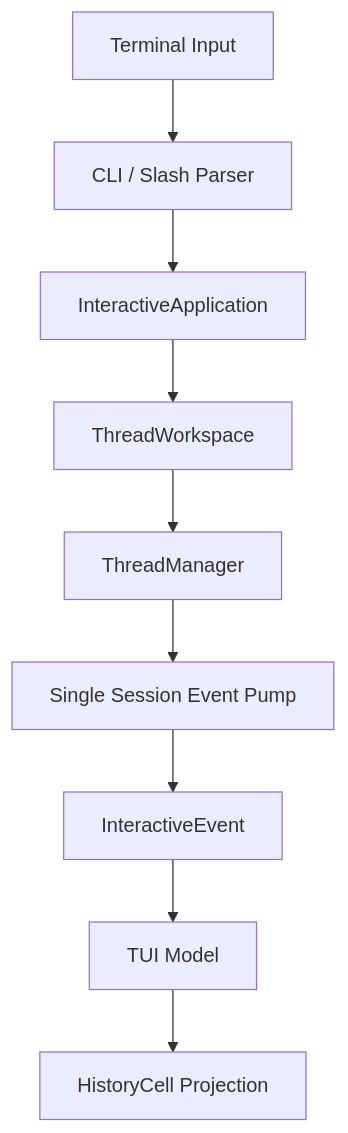
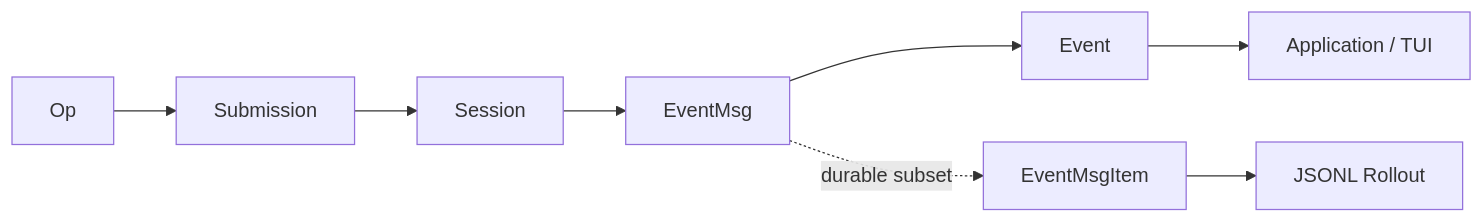
One commit to Godric-W/Amadeus changed the sixth of 43 diagrams in docs/architecture-whitepaper.md. Above: the diagram before and after it, drawn with Mermaid. The commit also changed other lines of this file and 1 other file, not shown here.

````diff
--- a/docs/architecture-whitepaper.md
+++ b/docs/architecture-whitepaper.md
@@ -304,21 +345,10 @@
 ```mermaid
-flowchart TD
-    Input[Terminal Input]
-    Parser[CLI / Slash Parser]
-    App[InteractiveApplication]
-    Workspace[ThreadWorkspace]
-    Manager[ThreadManager]
-    Pump[Single Session Event Pump]
-    Events[InteractiveEvent]
-    TUI[TUI Model]
-    Cells[HistoryCell Projection]
-
-    Input --> Parser
-    Parser --> App
-    App --> Workspace
-    Workspace --> Manager
-    Manager --> Pump
-    Pump --> Events
-    Events --> TUI
-    TUI --> Cells
+flowchart LR
+    Op[Op] --> Submission[Submission]
+    Submission --> Session[Session]
+    Session --> Msg[EventMsg]
+    Msg --> Event[Event]
+    Event --> UI[Application / TUI]
+    Msg -. durable subset .-> EventItem[EventMsgItem]
+    EventItem --> Rollout[JSONL Rollout]
 ```
````
